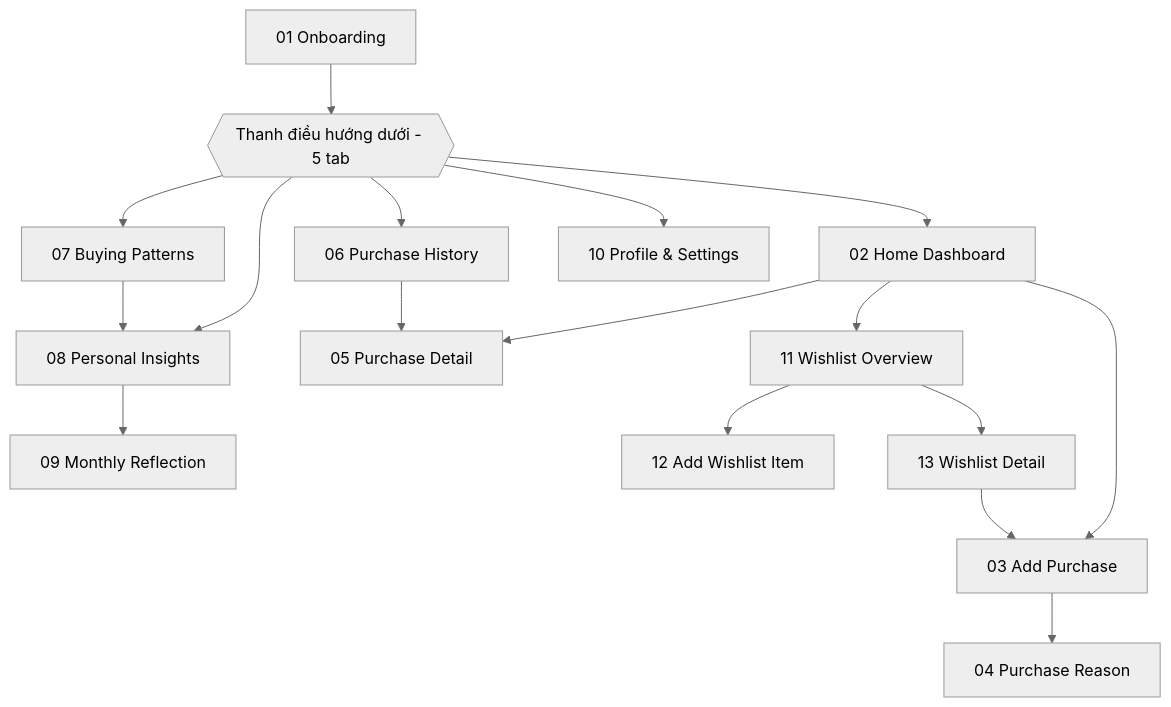
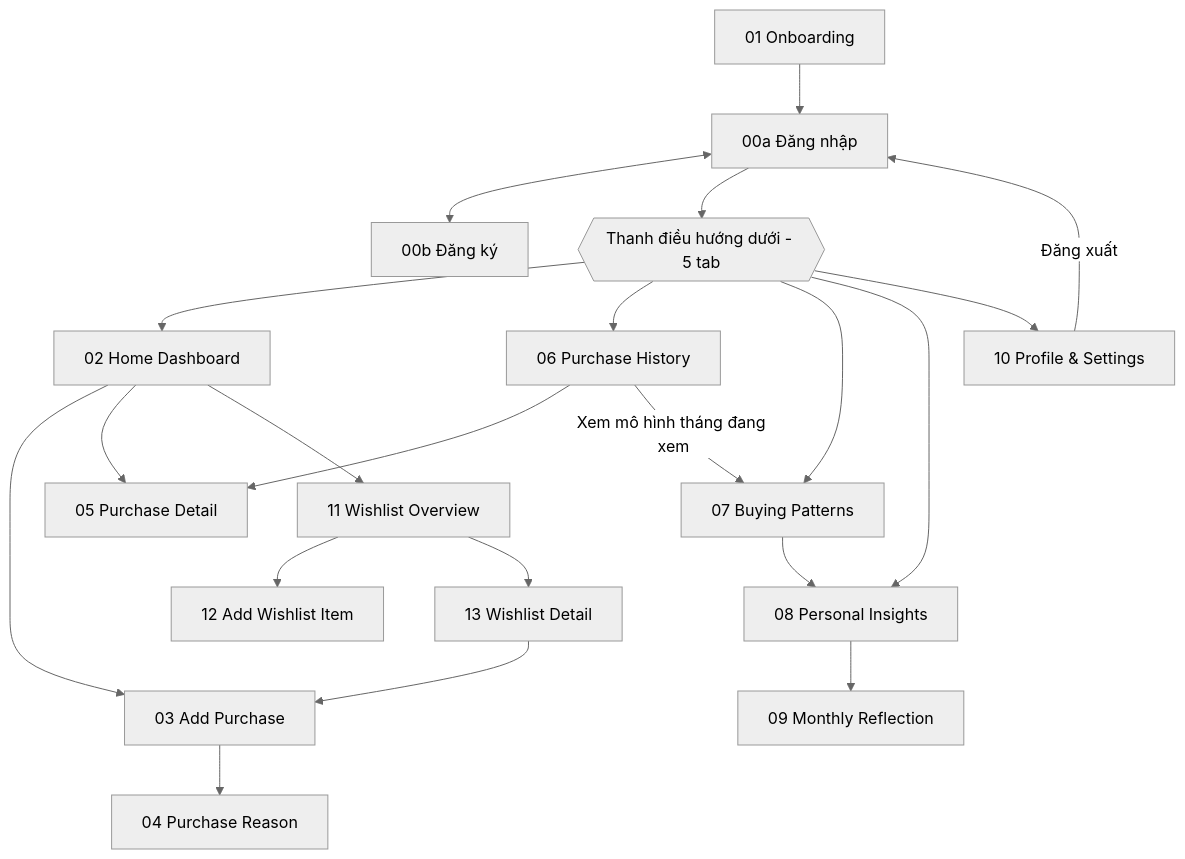
Before and after one commit to hoanghuan2005/prm393_lab02: the first of 8 diagrams in ux/user-flow.md, drawn with Mermaid (neutral theme). The commit also changed other lines of this file and 54 other files, not shown here.

Commit message:
update design documentation and user flow details

````diff
--- a/ux/user-flow.md
+++ b/ux/user-flow.md
@@ -31,17 +33,21 @@
 ```mermaid
 flowchart TD
-    S01[01 Onboarding] --> NAV{{Thanh điều hướng dưới - 5 tab}}
+    S01[01 Onboarding] --> S00a[00a Đăng nhập]
+    S00a <--> S00b[00b Đăng ký]
+    S00a --> NAV{{Thanh điều hướng dưới - 5 tab}}
     NAV --> S02[02 Home Dashboard]
     NAV --> S06[06 Purchase History]
     NAV --> S07[07 Buying Patterns]
     NAV --> S08[08 Personal Insights]
     NAV --> S10[10 Profile & Settings]
     S02 --> S03[03 Add Purchase] --> S04[04 Purchase Reason]
     S02 --> S05[05 Purchase Detail]
     S06 --> S05
     S07 --> S08
     S08 --> S09[09 Monthly Reflection]
     S02 --> S11[11 Wishlist Overview] --> S12[12 Add Wishlist Item]
     S11 --> S13[13 Wishlist Detail]
     S13 --> S03
+    S06 -->|Xem mô hình tháng đang xem| S07
+    S10 -->|Đăng xuất| S00a
 ```
````
